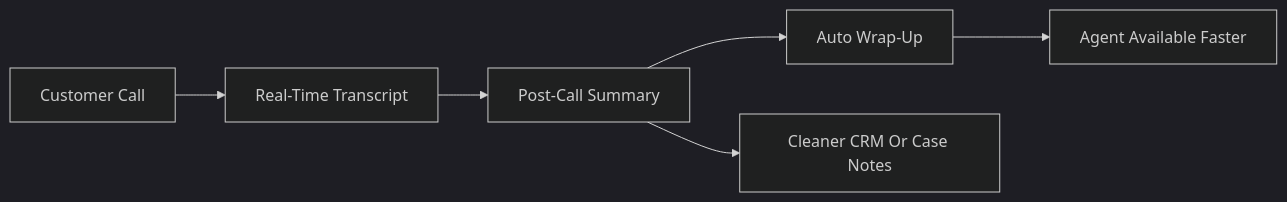
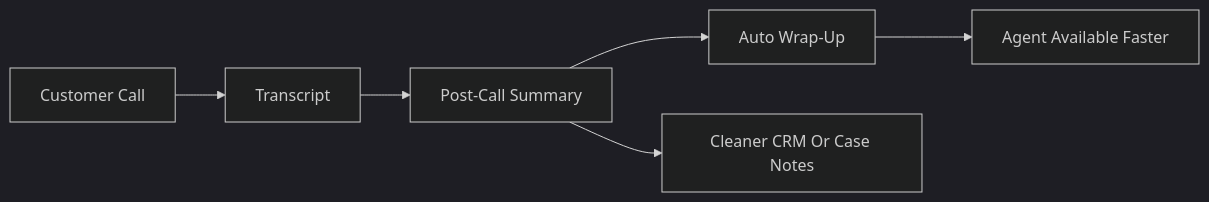
The fourth of 10 diagrams in AI_CookBook/ai-assist-benefits3.md (WebexSamples/webex-ai-agents), drawn with Mermaid (dark theme) before and after one commit. The commit also changed other lines of this file, not shown here.

````diff
--- a/AI_CookBook/ai-assist-benefits3.md
+++ b/AI_CookBook/ai-assist-benefits3.md
@@ -117,8 +116,8 @@
 ```mermaid
 flowchart LR
-    Call[Customer Call] --> Transcript[Real-Time Transcript]
+    Call[Customer Call] --> Transcript[Transcript]
     Transcript --> Summary[Post-Call Summary]
     Summary --> Wrap[Auto Wrap-Up]
     Wrap --> Available[Agent Available Faster]
-    Summary --> System[Cleaner CRM Or Case Notes]
+    Summary --> Systems[Cleaner CRM Or Case Notes]
 ```
````
